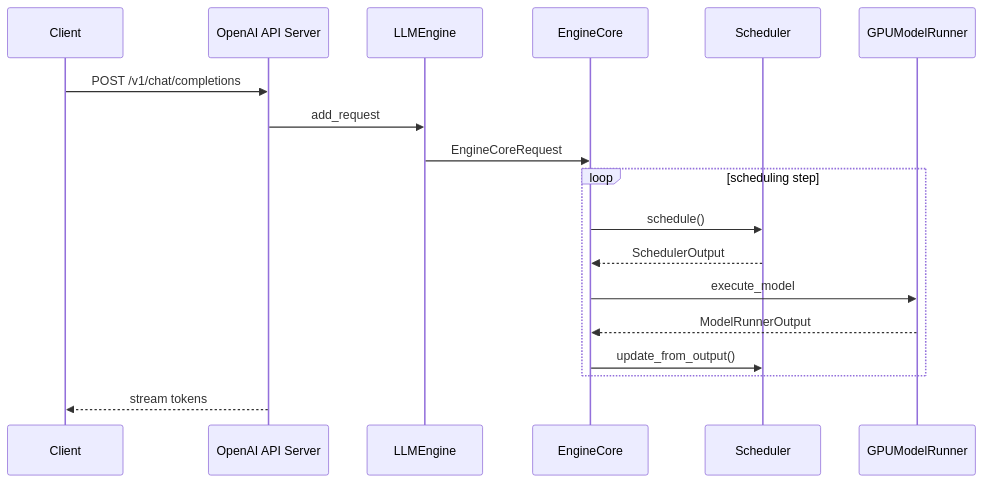
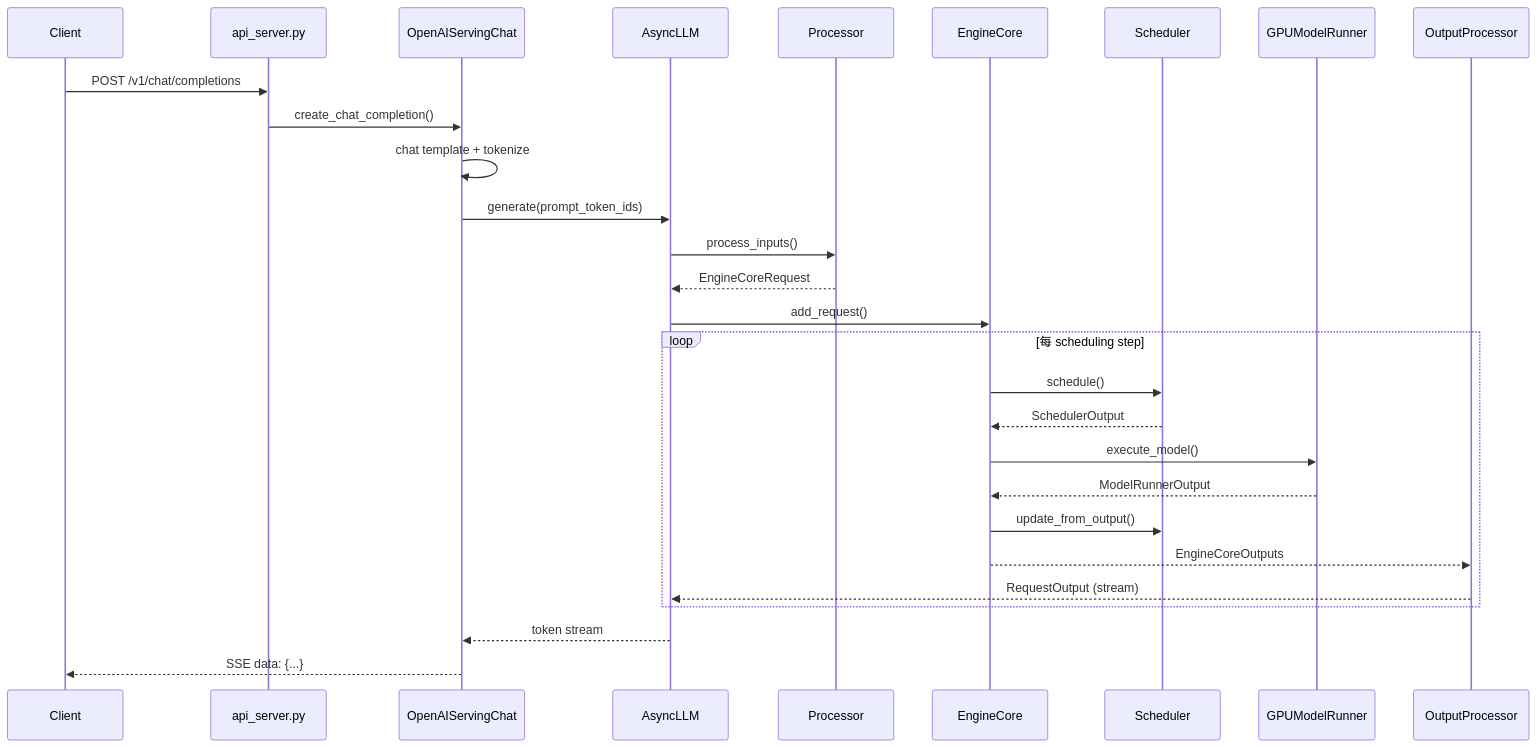
Before and after one commit to chenpan459/largeModels: the second of 2 diagrams in 03-推理部署/vllmDoc/02-architecture.md, drawn with Mermaid. The commit also changed other lines of this file and 44 other files, not shown here.

````diff
--- a/03-推理部署/vllmDoc/02-architecture.md
+++ b/03-推理部署/vllmDoc/02-architecture.md
@@ -5,21 +52,31 @@
 ```mermaid
 sequenceDiagram
     participant Client
-    participant API as OpenAI API Server
-    participant Eng as LLMEngine
+    participant API as api_server.py
+    participant Chat as OpenAIServingChat
+    participant Async as AsyncLLM
+    participant Proc as Processor
     participant Core as EngineCore
     participant Sched as Scheduler
     participant GPU as GPUModelRunner
+    participant Out as OutputProcessor
 
     Client->>API: POST /v1/chat/completions
-    API->>Eng: add_request
-    Eng->>Core: EngineCoreRequest
-    loop scheduling step
+    API->>Chat: create_chat_completion()
+    Chat->>Chat: chat template + tokenize
+    Chat->>Async: generate(prompt_token_ids)
+    Async->>Proc: process_inputs()
+    Proc-->>Async: EngineCoreRequest
+    Async->>Core: add_request()
+    loop 每 scheduling step
         Core->>Sched: schedule()
         Sched-->>Core: SchedulerOutput
-        Core->>GPU: execute_model
+        Core->>GPU: execute_model()
         GPU-->>Core: ModelRunnerOutput
         Core->>Sched: update_from_output()
+        Core-->>Out: EngineCoreOutputs
+        Out-->>Async: RequestOutput (stream)
     end
-    API-->>Client: stream tokens
+    Async-->>Chat: token stream
+    Chat-->>Client: SSE data: {...}
 ```
````
